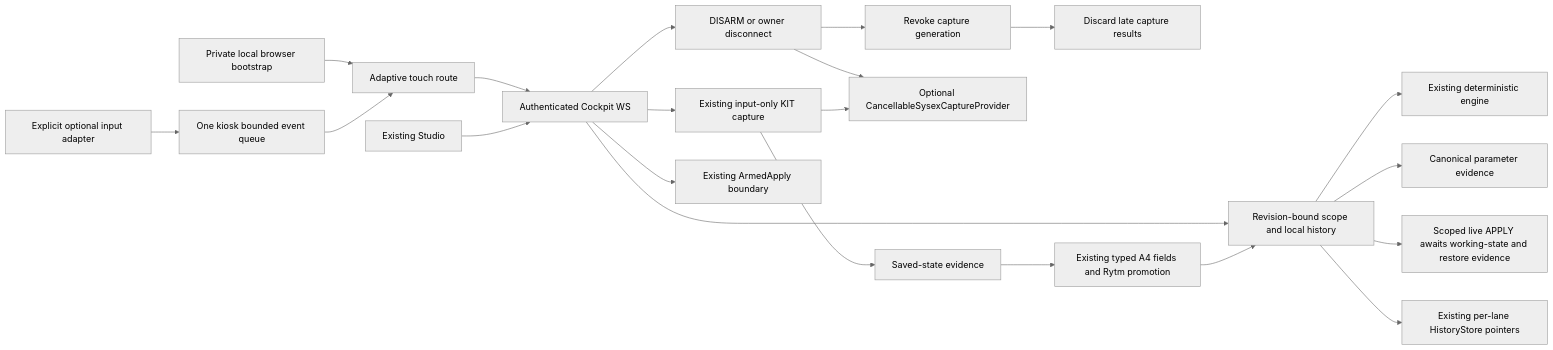
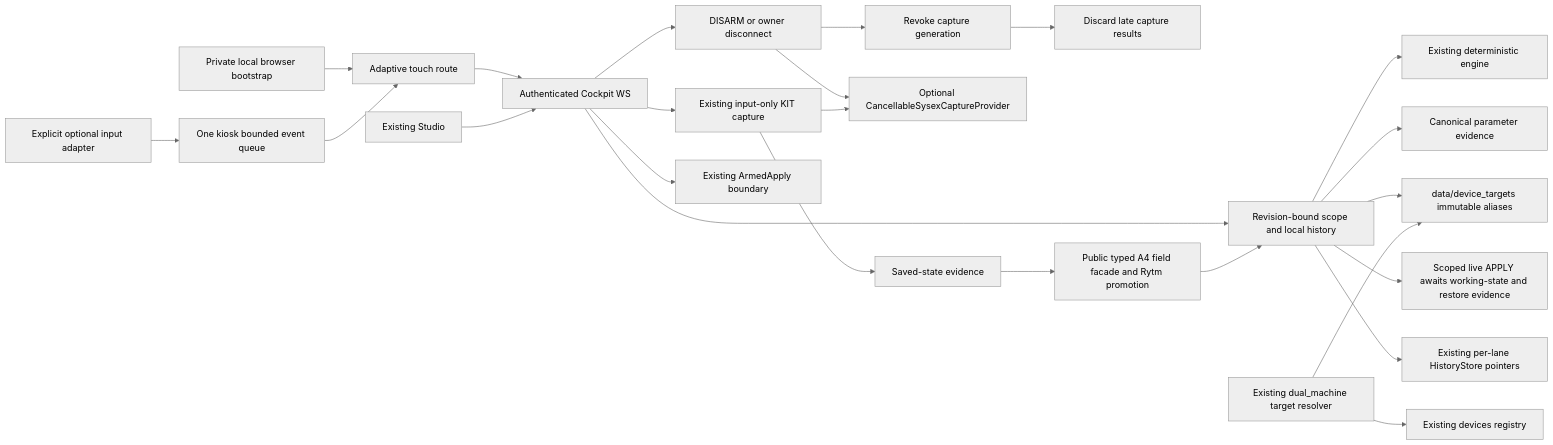
Before and after one commit to buzzijose-hub/RytmRandomizer: the first of 38 diagrams in docs/ARCHITECTURE_DIAGRAMS.md, drawn with Mermaid (neutral theme). The commit also changed 6 other files, not shown here.

````diff
--- a/docs/ARCHITECTURE_DIAGRAMS.md
+++ b/docs/ARCHITECTURE_DIAGRAMS.md
@@ -5,23 +5,26 @@
 ```mermaid
 flowchart LR
   Touch[Adaptive touch route] --> WS[Authenticated Cockpit WS]
   Studio[Existing Studio] --> WS
   Kiosk[Private local browser bootstrap] --> Touch
   WS --> Scope[Revision-bound scope and local history]
   Scope --> Engine[Existing deterministic engine]
   Scope --> Catalog[Canonical parameter evidence]
+  Scope --> Aliases[data/device_targets immutable aliases]
+  Resolver[Existing dual_machine target resolver] --> Aliases
+  Resolver --> Registry[Existing devices registry]
   WS --> Capture[Existing input-only KIT capture]
   WS --> Cancel[DISARM or owner disconnect]
   Cancel --> Generation[Revoke capture generation]
   Cancel --> Provider[Optional CancellableSysexCaptureProvider]
   Capture --> Provider
   Generation --> Late[Discard late capture results]
   Capture --> Saved[Saved-state evidence]
-  Saved --> Native[Existing typed A4 fields and Rytm promotion]
+  Saved --> Native[Public typed A4 field facade and Rytm promotion]
   Native --> Scope
   Pins[Explicit optional input adapter] --> Queue[One kiosk bounded event queue]
   Queue --> Touch
   WS --> Armed[Existing ArmedApply boundary]
   Scope --> Block[Scoped live APPLY awaits working-state and restore evidence]
   Scope --> History[Existing per-lane HistoryStore pointers]
 ```
````
